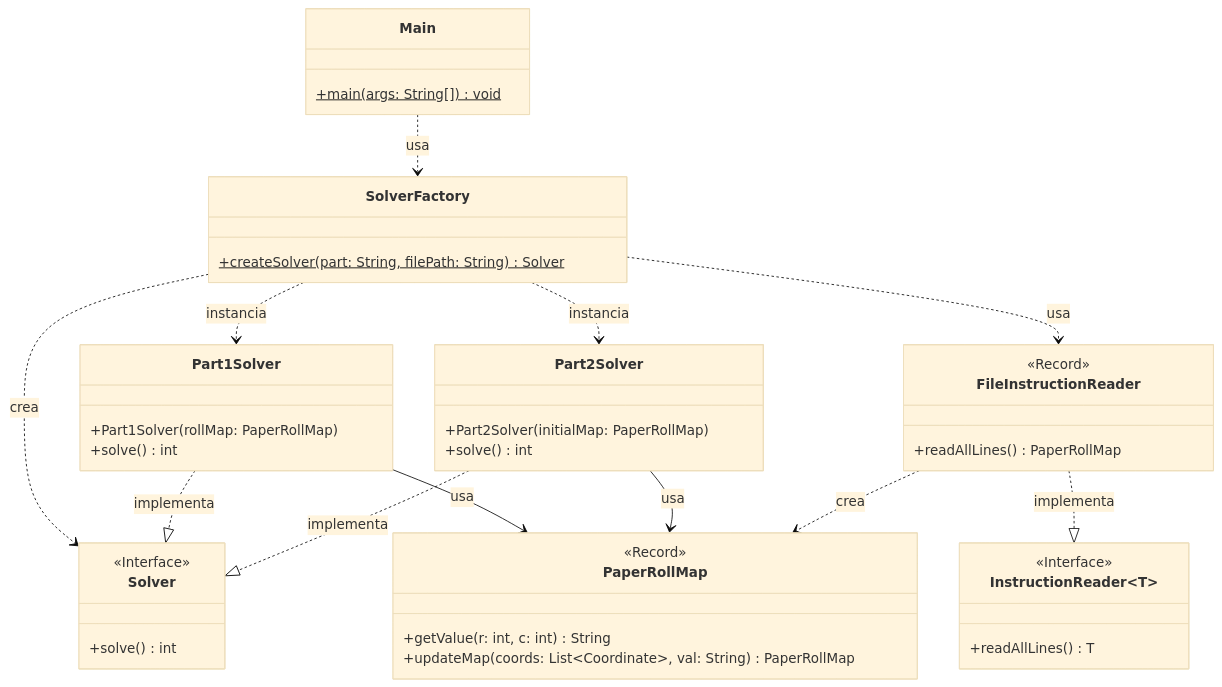
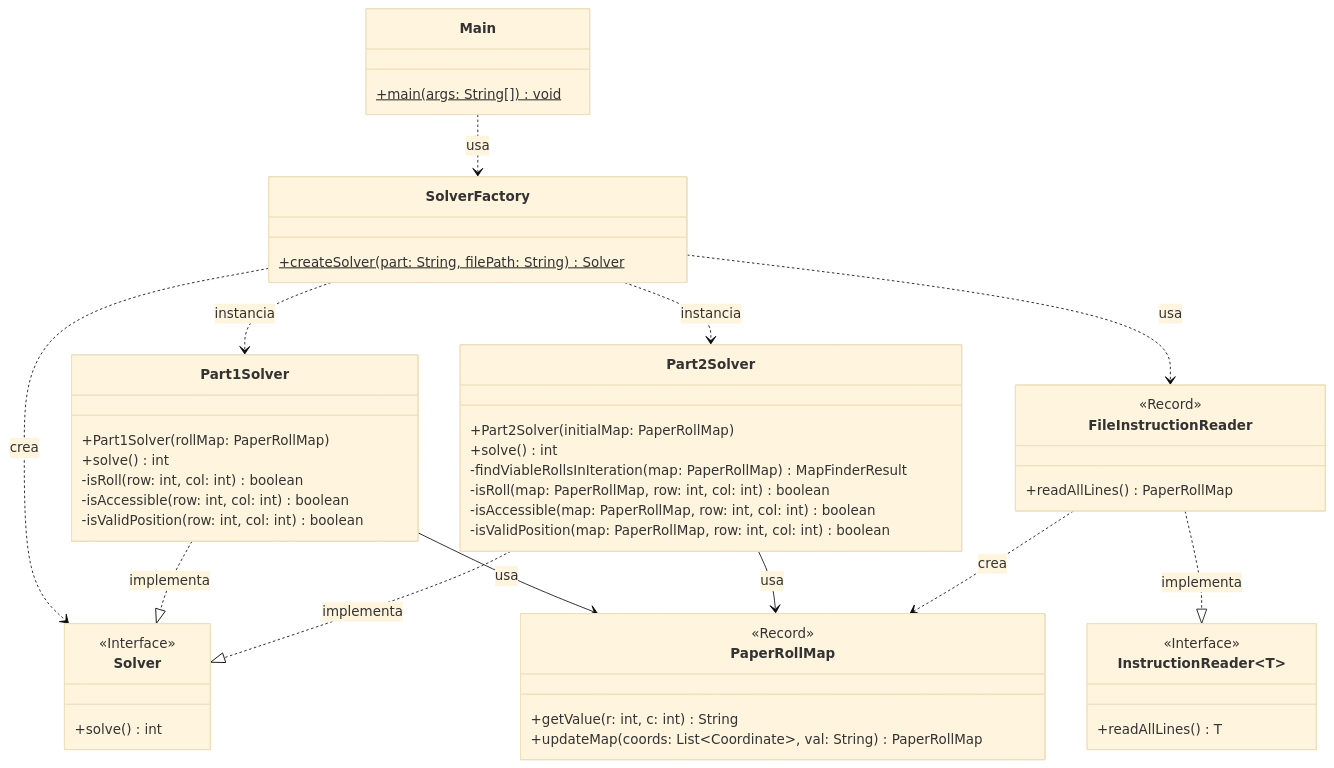
Before and after one commit to Carlossr2401/AdventOfCode4-2025: the diagram in README.md, drawn with Mermaid (base theme). The commit also changed other lines of this file and 2 other files, not shown here.

````diff
--- a/README.md
+++ b/README.md
@@ -44,56 +52,63 @@
 ```mermaid
 classDiagram
     class Main {
         +main(args: String[]) void$
     }
 
     class SolverFactory {
         +createSolver(part: String, filePath: String) Solver$
     }
 
     class Solver {
         <<Interface>>
         +solve() int
     }
 
     class Part1Solver {
         +Part1Solver(rollMap: PaperRollMap)
         +solve() int
+        -isRoll(row: int, col: int) boolean
+        -isAccessible(row: int, col: int) boolean
+        -isValidPosition(row: int, col: int) boolean
     }
 
     class Part2Solver {
         +Part2Solver(initialMap: PaperRollMap)
         +solve() int
+        -findViableRollsInIteration(map: PaperRollMap) MapFinderResult
+        -isRoll(map: PaperRollMap, row: int, col: int) boolean
+        -isAccessible(map: PaperRollMap, row: int, col: int) boolean
+        -isValidPosition(map: PaperRollMap, row: int, col: int) boolean
     }
 
     class InstructionReader~T~ {
         <<Interface>>
         +readAllLines() T
     }
 
     class FileInstructionReader {
         <<Record>>
         +readAllLines() PaperRollMap
     }
 
     class PaperRollMap {
         <<Record>>
         +getValue(r: int, c: int) String
         +updateMap(coords: List~Coordinate~, val: String) PaperRollMap
     }
 
     Main ..> SolverFactory : usa
     SolverFactory ..> Solver : crea
     SolverFactory ..> Part1Solver : instancia
     SolverFactory ..> Part2Solver : instancia
     SolverFactory ..> FileInstructionReader : usa
 
     Part1Solver ..|> Solver : implementa
     Part2Solver ..|> Solver : implementa
 
     Part1Solver --> PaperRollMap : usa
     Part2Solver --> PaperRollMap : usa
 
     FileInstructionReader ..|> InstructionReader : implementa
     FileInstructionReader ..> PaperRollMap : crea
 ```
````
